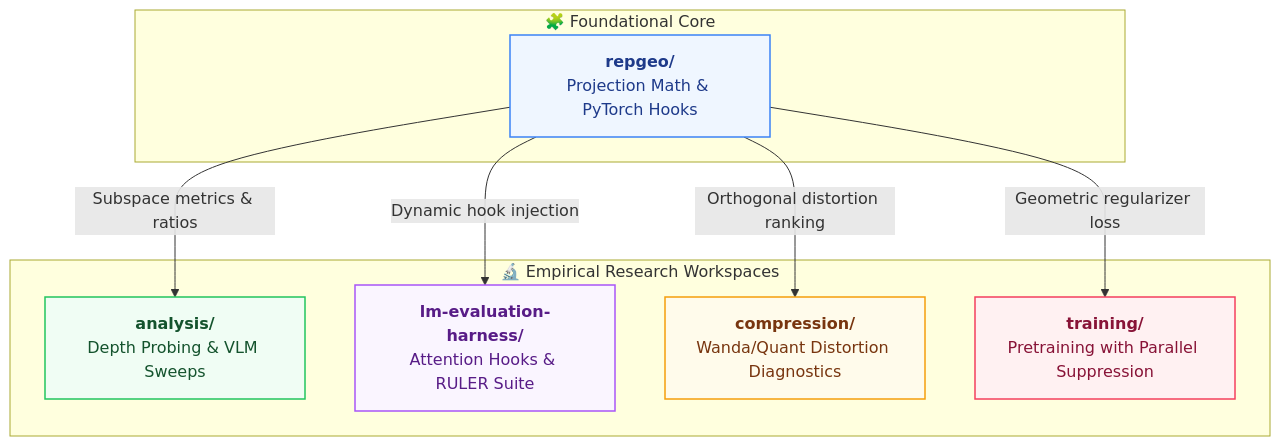
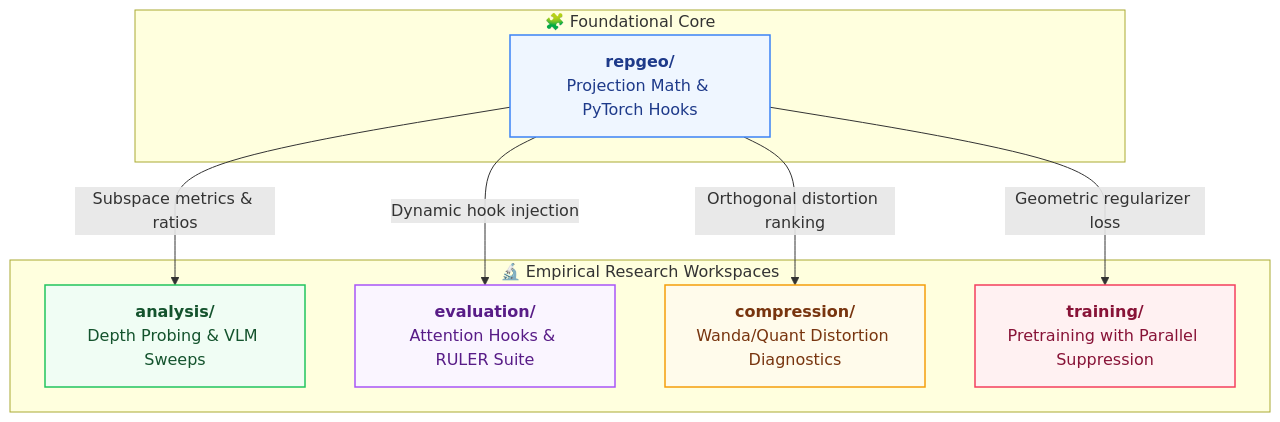
One commit to Shwai-He/Transformer-Geometry changed the diagram in README.md. Above: the diagram before and after it, drawn with Mermaid. The commit also changed other lines of this file and 15027 other files, not shown here.

Commit message:
refactor: rename lm-evaluation-harness to evaluation/ for professional symmetry and clean taxonomy

````diff
--- a/README.md
+++ b/README.md
@@ -179,24 +179,24 @@
 ```mermaid
 graph TD
     classDef core fill:#eff6ff,stroke:#3b82f6,stroke-width:1.5px,color:#1e3a8a
     classDef ana fill:#f0fdf4,stroke:#22c55e,stroke-width:1.5px,color:#14532d
     classDef eval fill:#faf5ff,stroke:#a855f7,stroke-width:1.5px,color:#581c87
     classDef comp fill:#fffbeb,stroke:#f59e0b,stroke-width:1.5px,color:#78350f
     classDef train fill:#fff1f2,stroke:#f43f5e,stroke-width:1.5px,color:#881337
 
     subgraph CoreEngine["🧩 Foundational Core"]
         repgeo["<b>repgeo/</b><br/>Projection Math & PyTorch Hooks"]:::core
     end
 
     subgraph Workspaces["🔬 Empirical Research Workspaces"]
         ana["<b>analysis/</b><br/>Depth Probing & VLM Sweeps"]:::ana
-        eval["<b>lm-evaluation-harness/</b><br/>Attention Hooks & RULER Suite"]:::eval
+        eval["<b>evaluation/</b><br/>Attention Hooks & RULER Suite"]:::eval
         comp["<b>compression/</b><br/>Wanda/Quant Distortion Diagnostics"]:::comp
         train["<b>training/</b><br/>Pretraining with Parallel Suppression"]:::train
     end
 
     repgeo -->|Dynamic hook injection| eval
     repgeo -->|Subspace metrics & ratios| ana
     repgeo -->|Orthogonal distortion ranking| comp
     repgeo -->|Geometric regularizer loss| train
 ```
````
